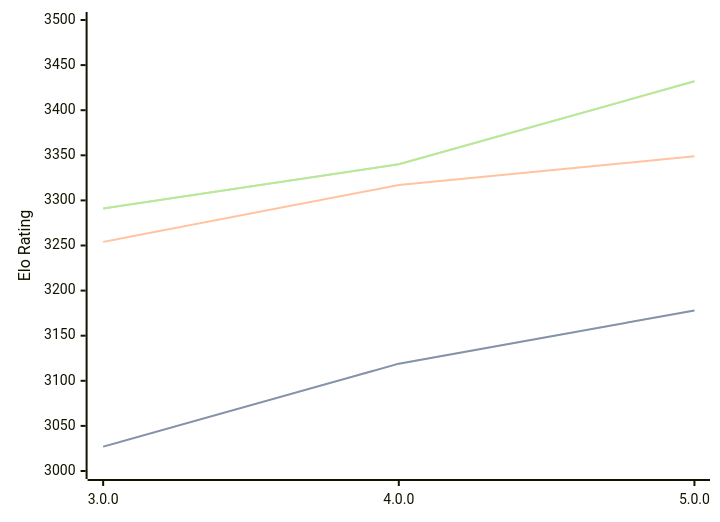
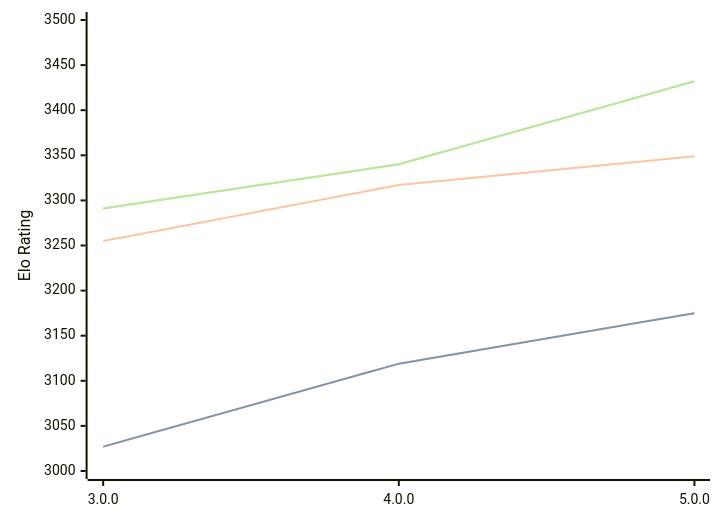
One commit to computer-chess-index/cci changed the diagram in engines/Minke.md. Above: the diagram before and after it, drawn with Mermaid. The commit also changed other lines of this file, not shown here.

````diff
--- a/engines/Minke.md
+++ b/engines/Minke.md
@@ -33,11 +33,11 @@
 ```mermaid
 %%{init: {"theme":"base","themeVariables":{"seriesColors:['#a3a3a3','#222221','#faa371']}}}%%
 xychart-beta
   x-axis ["3.0.0", "4.0.0", "5.0.0"]
   y-axis "Elo Rating" 3000 --> 3500
-  line "STC (8.0+0.08s)" [3027, 3119, 3178]
-  line "STC (8.0+0.08s)" [3027, 3119, 3178]
-  line "LTC (60.0+0.60s)" [3254, 3317, 3349]
+  line "STC (8.0+0.08s)" [3027, 3119, 3175]
+  line "STC (8.0+0.08s)" [3027, 3119, 3175]
+  line "LTC (60.0+0.60s)" [3255, 3317, 3349]
   line "VLTC (2m24s+1.12s)" [3291, 3340, 3432]
   line "VLTC (2m24s+1.12s)" [3291, 3340, 3432]
 ```
````
